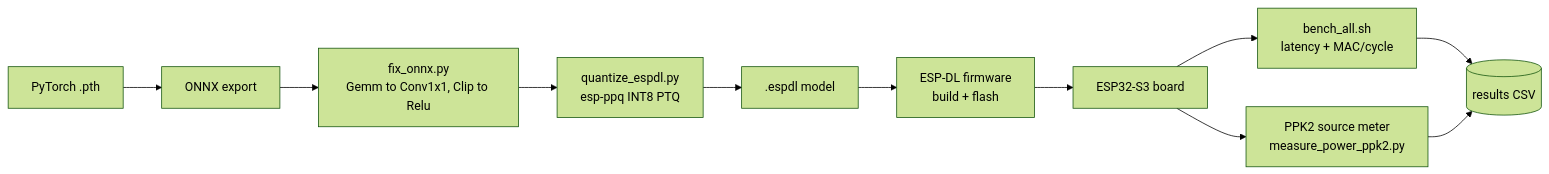
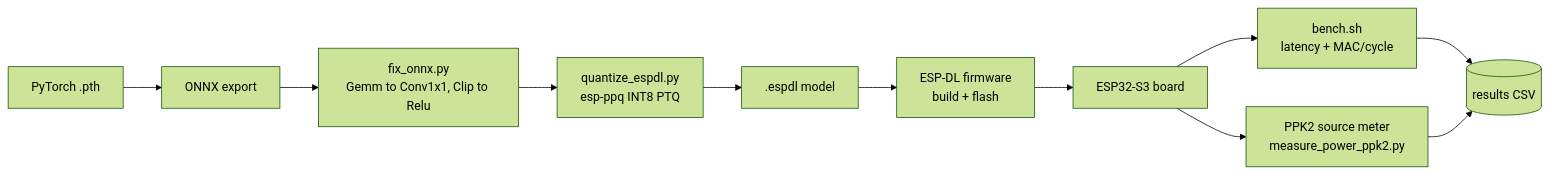
Before and after one commit to szymonrucinski/esp32-nn-performance: the diagram in README.md, drawn with Mermaid (forest theme). The commit also changed other lines of this file and 9 other files, not shown here.

````diff
--- a/README.md
+++ b/README.md
@@ -12,13 +12,13 @@
 ```mermaid
 flowchart LR
     A[PyTorch .pth] --> B[ONNX export]
     B --> C["fix_onnx.py<br/>Gemm to Conv1x1, Clip to Relu"]
     C --> D["quantize_espdl.py<br/>esp-ppq INT8 PTQ"]
     D --> E[.espdl model]
     E --> F["ESP-DL firmware<br/>build + flash"]
     F --> G[ESP32-S3 board]
-    G --> H["bench_all.sh<br/>latency + MAC/cycle"]
+    G --> H["bench.sh<br/>latency + MAC/cycle"]
     G --> I["PPK2 source meter<br/>measure_power_ppk2.py"]
     H --> J[(results CSV)]
     I --> J
 ```
````
